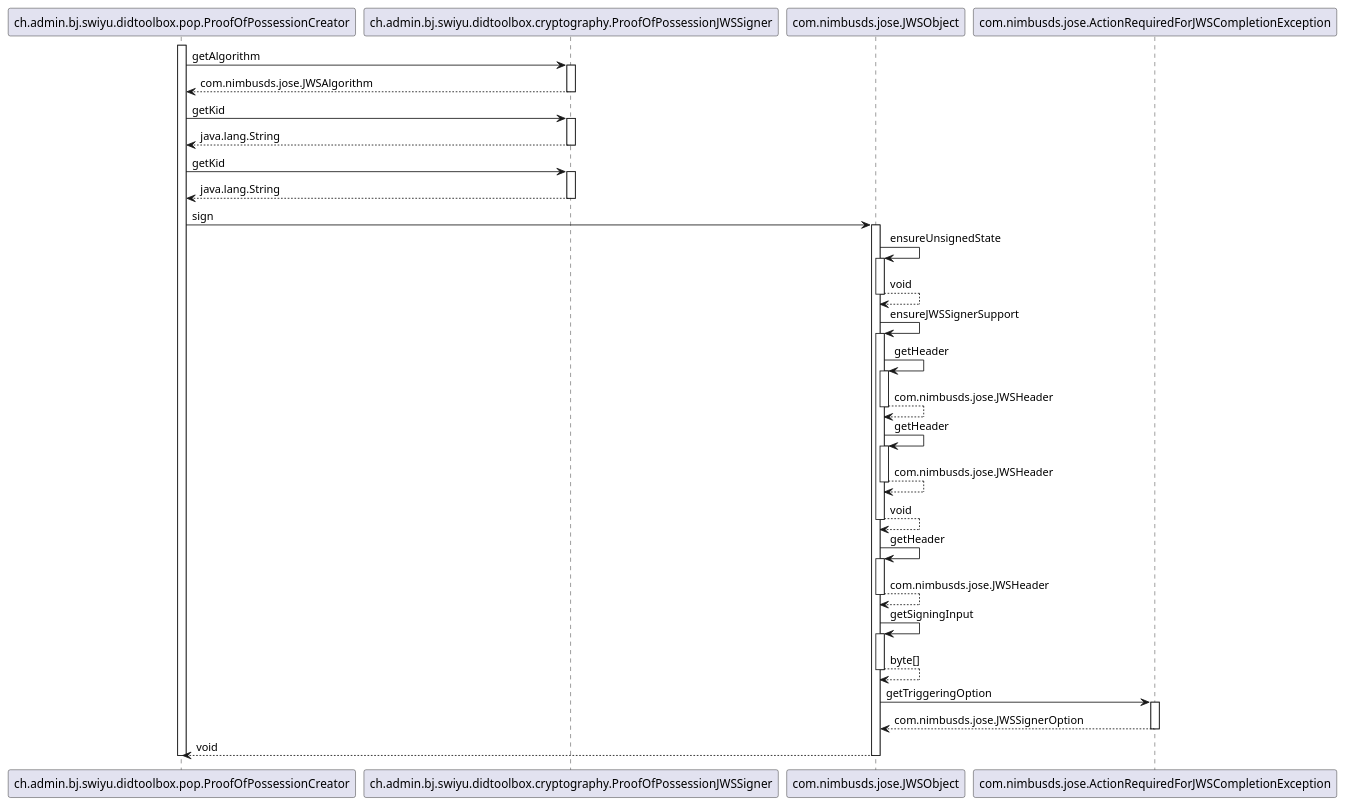
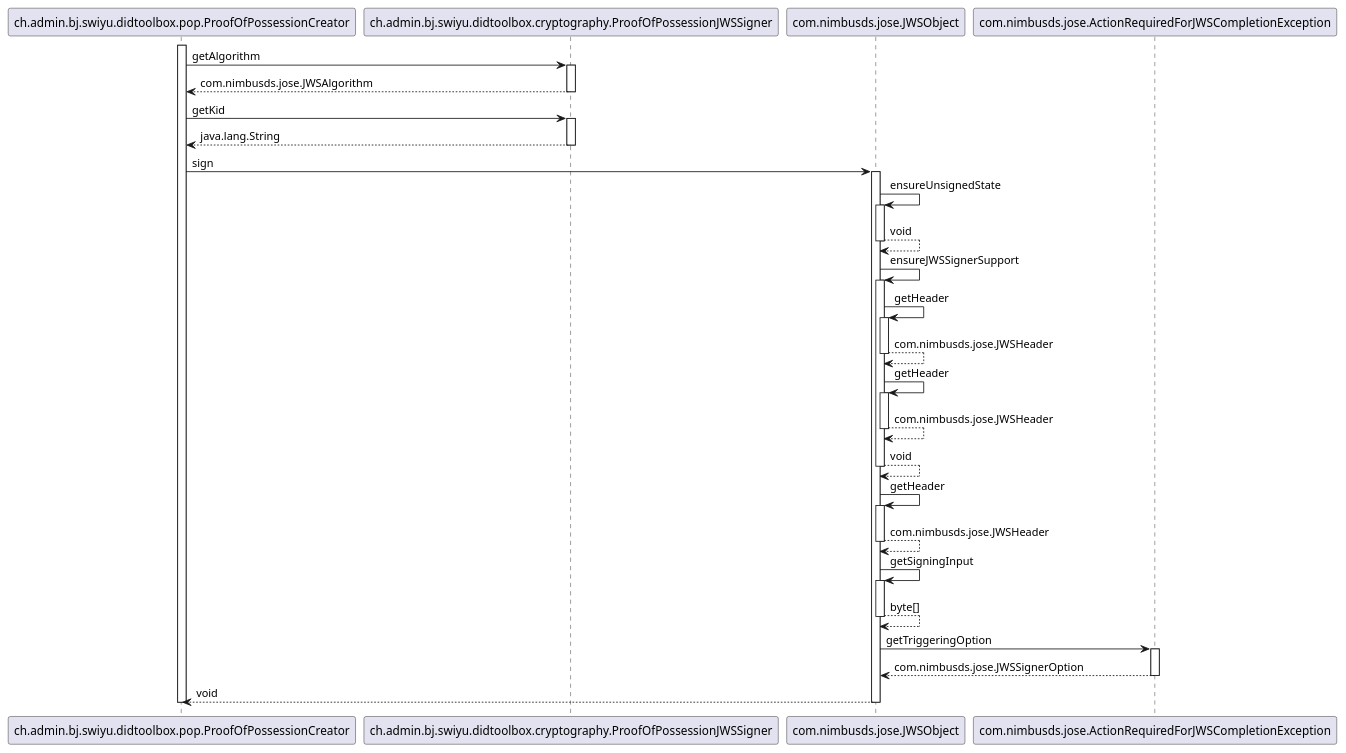
Before and after one commit to swiyu-admin-ch/didtoolbox-java: the diagram in src/main/plantuml/ProofOfPossessionCreator-create.puml, drawn with PlantUML. The commit also changed 50 other files, not shown here.

```diff
--- a/src/main/plantuml/ProofOfPossessionCreator-create.puml
+++ b/src/main/plantuml/ProofOfPossessionCreator-create.puml
@@ -2,55 +2,51 @@
 @startuml
 
 participant ch.admin.bj.swiyu.didtoolbox.pop.ProofOfPossessionCreator
 participant ch.admin.bj.swiyu.didtoolbox.cryptography.ProofOfPossessionJWSSigner
 participant com.nimbusds.jose.JWSObject
 participant com.nimbusds.jose.ActionRequiredForJWSCompletionException
 
 activate ch.admin.bj.swiyu.didtoolbox.pop.ProofOfPossessionCreator
 	ch.admin.bj.swiyu.didtoolbox.pop.ProofOfPossessionCreator -> ch.admin.bj.swiyu.didtoolbox.cryptography.ProofOfPossessionJWSSigner : getAlgorithm
 	activate ch.admin.bj.swiyu.didtoolbox.cryptography.ProofOfPossessionJWSSigner
 		ch.admin.bj.swiyu.didtoolbox.cryptography.ProofOfPossessionJWSSigner --> ch.admin.bj.swiyu.didtoolbox.pop.ProofOfPossessionCreator : com.nimbusds.jose.JWSAlgorithm
-	deactivate ch.admin.bj.swiyu.didtoolbox.cryptography.ProofOfPossessionJWSSigner
-	ch.admin.bj.swiyu.didtoolbox.pop.ProofOfPossessionCreator -> ch.admin.bj.swiyu.didtoolbox.cryptography.ProofOfPossessionJWSSigner : getKid
-	activate ch.admin.bj.swiyu.didtoolbox.cryptography.ProofOfPossessionJWSSigner
-		ch.admin.bj.swiyu.didtoolbox.cryptography.ProofOfPossessionJWSSigner --> ch.admin.bj.swiyu.didtoolbox.pop.ProofOfPossessionCreator : java.lang.String
 	deactivate ch.admin.bj.swiyu.didtoolbox.cryptography.ProofOfPossessionJWSSigner
 	ch.admin.bj.swiyu.didtoolbox.pop.ProofOfPossessionCreator -> ch.admin.bj.swiyu.didtoolbox.cryptography.ProofOfPossessionJWSSigner : getKid
 	activate ch.admin.bj.swiyu.didtoolbox.cryptography.ProofOfPossessionJWSSigner
 		ch.admin.bj.swiyu.didtoolbox.cryptography.ProofOfPossessionJWSSigner --> ch.admin.bj.swiyu.didtoolbox.pop.ProofOfPossessionCreator : java.lang.String
 	deactivate ch.admin.bj.swiyu.didtoolbox.cryptography.ProofOfPossessionJWSSigner
 	ch.admin.bj.swiyu.didtoolbox.pop.ProofOfPossessionCreator -> com.nimbusds.jose.JWSObject : sign
 	activate com.nimbusds.jose.JWSObject
 		com.nimbusds.jose.JWSObject -> com.nimbusds.jose.JWSObject : ensureUnsignedState
 		activate com.nimbusds.jose.JWSObject
 			com.nimbusds.jose.JWSObject --> com.nimbusds.jose.JWSObject : void
 		deactivate com.nimbusds.jose.JWSObject
 		com.nimbusds.jose.JWSObject -> com.nimbusds.jose.JWSObject : ensureJWSSignerSupport
 		activate com.nimbusds.jose.JWSObject
 			com.nimbusds.jose.JWSObject -> com.nimbusds.jose.JWSObject : getHeader
 			activate com.nimbusds.jose.JWSObject
 				com.nimbusds.jose.JWSObject --> com.nimbusds.jose.JWSObject : com.nimbusds.jose.JWSHeader
 			deactivate com.nimbusds.jose.JWSObject
 			com.nimbusds.jose.JWSObject -> com.nimbusds.jose.JWSObject : getHeader
 			activate com.nimbusds.jose.JWSObject
 				com.nimbusds.jose.JWSObject --> com.nimbusds.jose.JWSObject : com.nimbusds.jose.JWSHeader
 			deactivate com.nimbusds.jose.JWSObject
 			com.nimbusds.jose.JWSObject --> com.nimbusds.jose.JWSObject : void
 		deactivate com.nimbusds.jose.JWSObject
 		com.nimbusds.jose.JWSObject -> com.nimbusds.jose.JWSObject : getHeader
 		activate com.nimbusds.jose.JWSObject
 			com.nimbusds.jose.JWSObject --> com.nimbusds.jose.JWSObject : com.nimbusds.jose.JWSHeader
 		deactivate com.nimbusds.jose.JWSObject
 		com.nimbusds.jose.JWSObject -> com.nimbusds.jose.JWSObject : getSigningInput
 		activate com.nimbusds.jose.JWSObject
 			com.nimbusds.jose.JWSObject --> com.nimbusds.jose.JWSObject : byte[]
 		deactivate com.nimbusds.jose.JWSObject
 		com.nimbusds.jose.JWSObject -> com.nimbusds.jose.ActionRequiredForJWSCompletionException : getTriggeringOption
 		activate com.nimbusds.jose.ActionRequiredForJWSCompletionException
 			com.nimbusds.jose.ActionRequiredForJWSCompletionException --> com.nimbusds.jose.JWSObject : com.nimbusds.jose.JWSSignerOption
 		deactivate com.nimbusds.jose.ActionRequiredForJWSCompletionException
 		com.nimbusds.jose.JWSObject --> ch.admin.bj.swiyu.didtoolbox.pop.ProofOfPossessionCreator : void
 	deactivate com.nimbusds.jose.JWSObject
 deactivate ch.admin.bj.swiyu.didtoolbox.pop.ProofOfPossessionCreator
 
 @enduml
```
